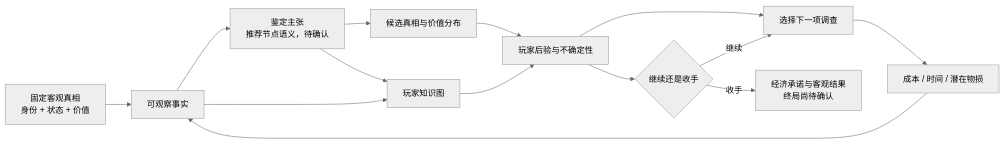
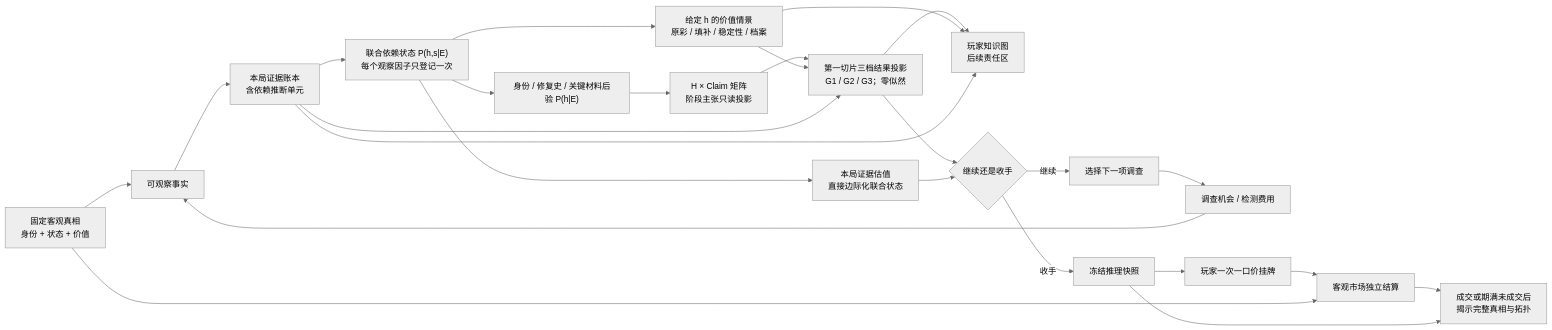
The second of 2 diagrams in docs/project/01-SYSTEM-MAP.md (NomuTsuki/zhangyan), drawn with Mermaid (neutral theme) before and after one commit. The commit also changed other lines of this file and 44 other files, not shown here.

````diff
--- a/docs/project/01-SYSTEM-MAP.md
+++ b/docs/project/01-SYSTEM-MAP.md
@@ -36,16 +40,27 @@
 ```mermaid
 flowchart LR
     Truth["固定客观真相<br/>身份 + 状态 + 价值"] --> Fact["可观察事实"]
-    Fact --> Claim["鉴定主张<br/>推荐节点语义，待确认"]
-    Claim --> Candidate["候选真相与价值分布"]
-    Fact --> PlayerGraph["玩家知识图"]
-    Claim --> PlayerGraph
-    Candidate --> Belief["玩家后验与不确定性"]
-    PlayerGraph --> Belief
-    Belief --> Action["选择下一项调查"]
-    Action --> Cost["成本 / 时间 / 潜在物损"]
+    Fact --> Ledger["本局证据账本<br/>含依赖推断单元"]
+    Ledger --> Joint["联合依赖状态 P(h,s|E)<br/>每个观察因子只登记一次"]
+    Joint --> Posterior["身份 / 修复史 / 关键材料后验 P(h|E)"]
+    Joint --> Within["给定 h 的价值情景<br/>原彩 / 填补 / 稳定性 / 档案"]
+    Posterior --> Claim["H × Claim 矩阵<br/>阶段主张只读投影"]
+    Joint --> Value["本局证据估值<br/>直接边际化联合状态"]
+    Claim --> Result["第一切片三档结果投影<br/>G1 / G2 / G3；零似然"]
+    Within --> Result
+    Ledger --> Result
+    Result --> PlayerGraph["玩家知识图<br/>后续责任区"]
+    Within --> PlayerGraph
+    Ledger --> PlayerGraph
+    Result --> Stop{"继续还是收手"}
+    Value --> Stop
+    Stop -->|继续| Action["选择下一项调查"]
+    Action --> Cost["调查机会 / 检测费用"]
     Cost --> Fact
-    Belief --> Stop{"继续还是收手"}
-    Stop -->|继续| Action
-    Stop -->|收手| Outcome["经济承诺与客观结果<br/>终局尚待确认"]
+    Stop -->|收手| Frozen["冻结推理快照"]
+    Frozen --> Price["玩家一次一口价挂牌"]
+    Price --> Market["客观市场独立结算"]
+    Truth --> Market
+    Market --> Reveal["成交或期满未成交后<br/>揭示完整真相与拓扑"]
+    Frozen --> Reveal
 ```
````
